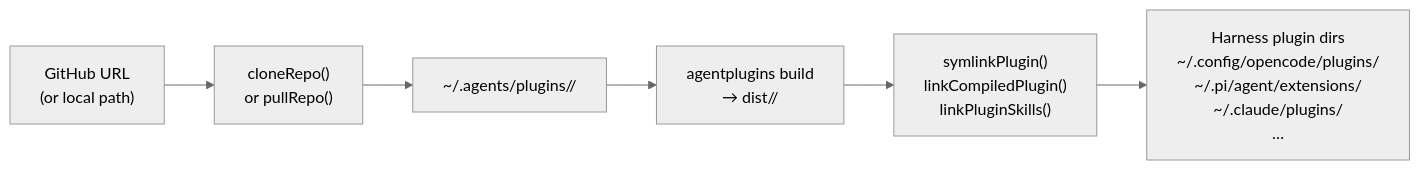
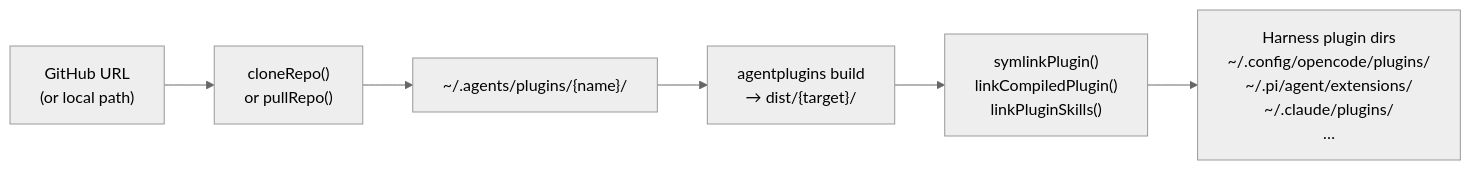
Before and after one commit to sigilco/agentplugins: the third of 3 diagrams in ARCHITECTURE.md, drawn with Mermaid (neutral theme). The commit also changed other lines of this file, not shown here.

First line of the commit message:
docs(architecture): add pipeline package, middleware bus, plugin extensibility section

````diff
--- a/ARCHITECTURE.md
+++ b/ARCHITECTURE.md
@@ -93,11 +145,11 @@
 ```mermaid
 flowchart LR
     SRC["GitHub URL\n(or local path)"]
     CLONE["cloneRepo()\nor pullRepo()"]
-    STORE_DIR["~/.agents/plugins/<name>/"]
-    BUILD["agentplugins build\n→ dist/<target>/"]
+    STORE_DIR["~/.agents/plugins/{name}/"]
+    BUILD["agentplugins build\n→ dist/{target}/"]
     LINK["symlinkPlugin()\nlinkCompiledPlugin()\nlinkPluginSkills()"]
     HARNESS["Harness plugin dirs\n~/.config/opencode/plugins/\n~/.pi/agent/extensions/\n~/.claude/plugins/\n…"]
 
     SRC --> CLONE --> STORE_DIR --> BUILD --> LINK --> HARNESS
 ```
````
